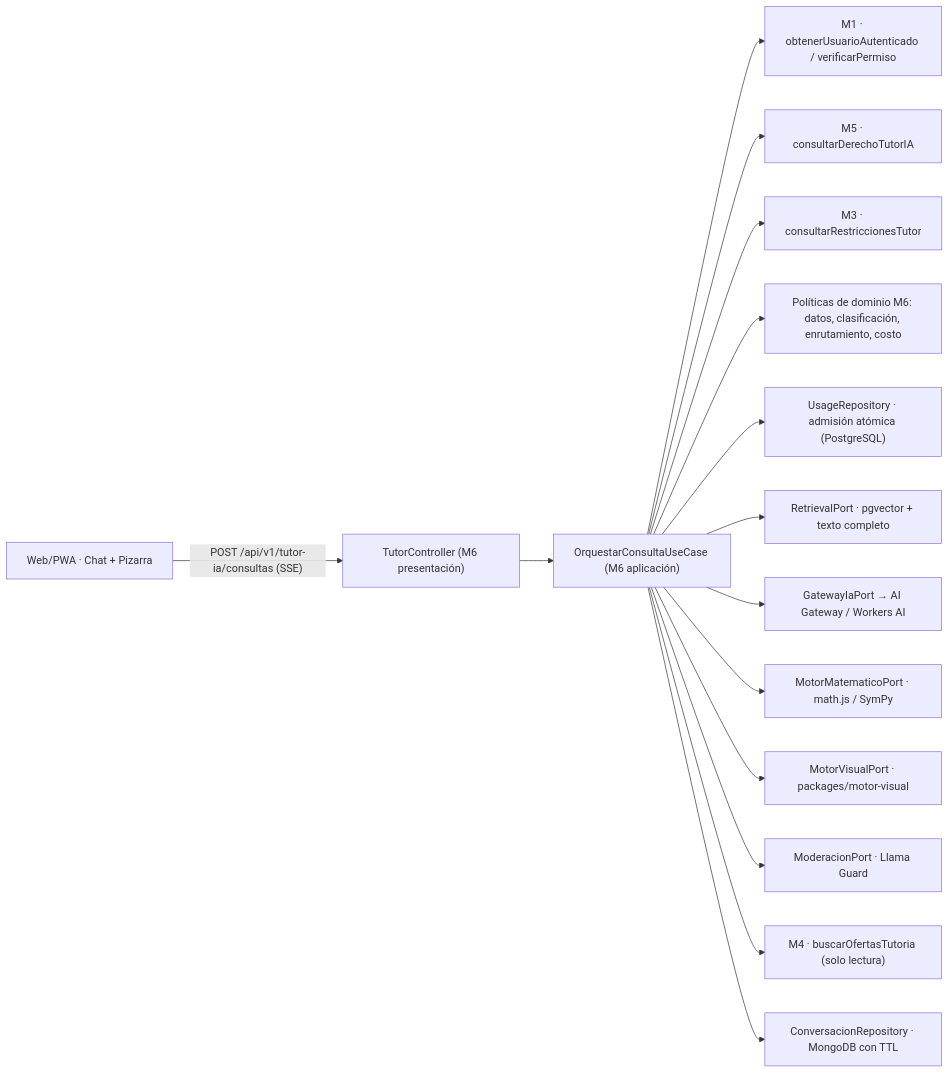
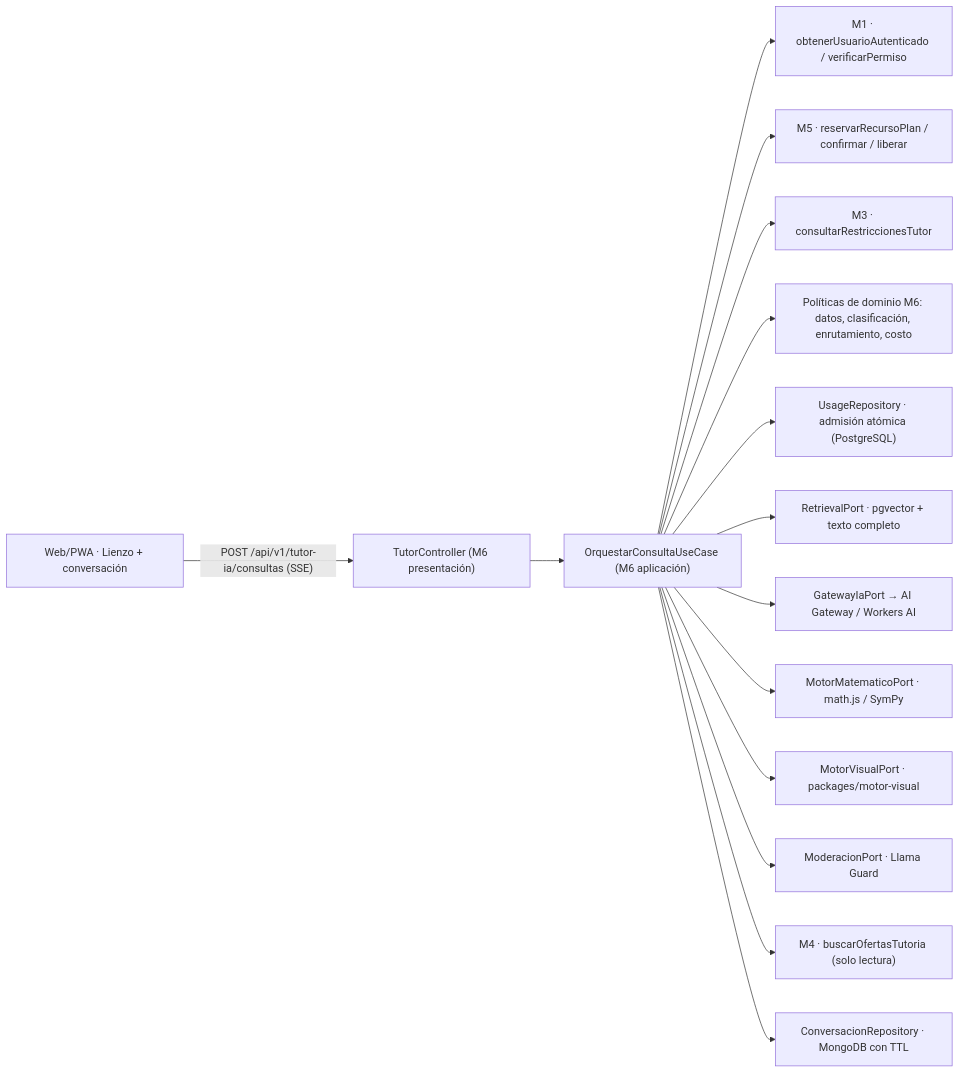
One commit to 100robert/Mentelyx changed the diagram in docs/03-diseño-de-software/diseño-especializado/01-tutor-ia-multiproveedor-y-orquestacion.md. Above: the diagram before and after it, drawn with Mermaid. The commit also changed other lines of this file and 676 other files, not shown here.

````diff
--- a/docs/03-diseño-de-software/diseño-especializado/01-tutor-ia-multiproveedor-y-orquestacion.md
+++ b/docs/03-diseño-de-software/diseño-especializado/01-tutor-ia-multiproveedor-y-orquestacion.md
@@ -221,17 +215,17 @@
 ```mermaid
 flowchart LR
-  UI["Web/PWA · Chat + Pizarra"] -->|"POST /api/v1/tutor-ia/consultas (SSE)"| CTRL["TutorController (M6 presentación)"]
+  UI["Web/PWA · Lienzo + conversación"] -->|"POST /api/v1/tutor-ia/consultas (SSE)"| CTRL["TutorController (M6 presentación)"]
   CTRL --> ORQ["OrquestarConsultaUseCase (M6 aplicación)"]
   ORQ --> M1["M1 · obtenerUsuarioAutenticado / verificarPermiso"]
-  ORQ --> M5["M5 · consultarDerechoTutorIA"]
+  ORQ --> M5["M5 · reservarRecursoPlan / confirmar / liberar"]
   ORQ --> M3["M3 · consultarRestriccionesTutor"]
   ORQ --> POL["Políticas de dominio M6: datos, clasificación, enrutamiento, costo"]
   ORQ --> ADM["UsageRepository · admisión atómica (PostgreSQL)"]
   ORQ --> RAG["RetrievalPort · pgvector + texto completo"]
   ORQ --> GW["GatewayIaPort → AI Gateway / Workers AI"]
   ORQ --> MAT["MotorMatematicoPort · math.js / SymPy"]
   ORQ --> VIS["MotorVisualPort · packages/motor-visual"]
   ORQ --> MOD["ModeracionPort · Llama Guard"]
   ORQ --> M4["M4 · buscarOfertasTutoria (solo lectura)"]
   ORQ --> CONV["ConversacionRepository · MongoDB con TTL"]
 ```
````
